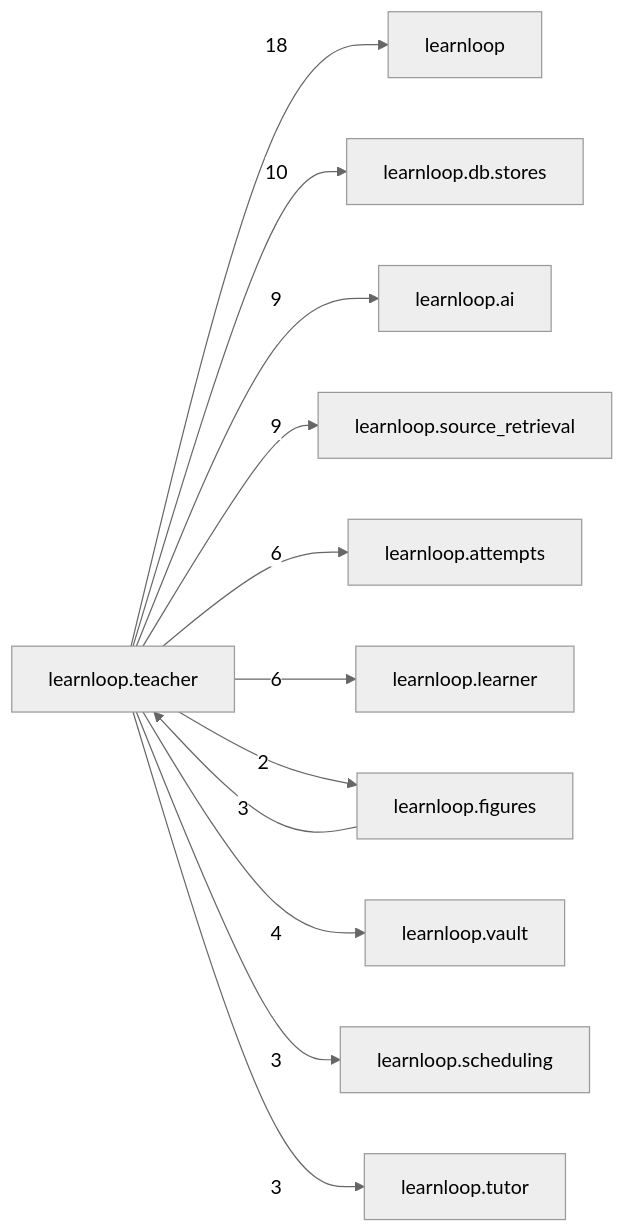
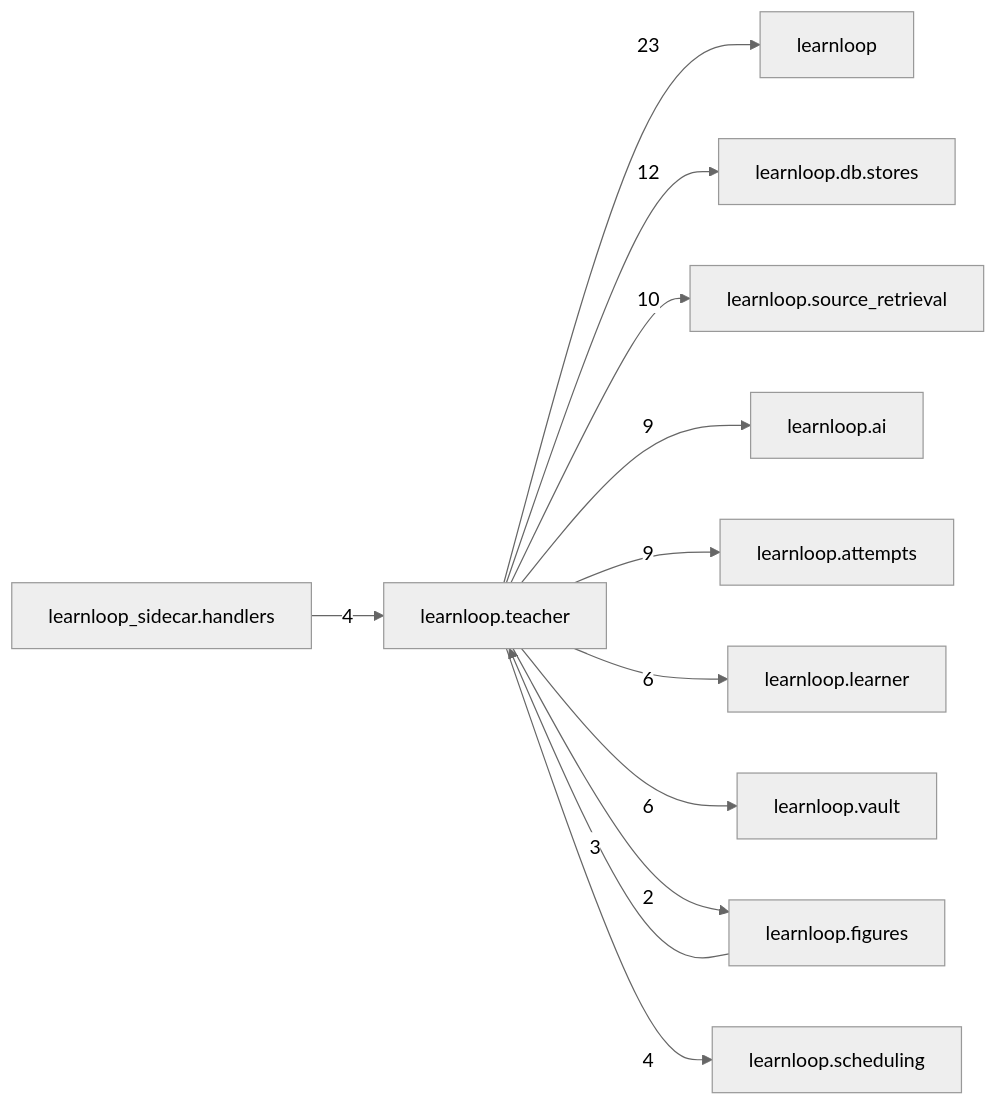
The diagram in docs/learnloop-architecture-vault/Reference/Modules/learnloop/teacher/_package.md (6up-b/learnanything), drawn with Mermaid (neutral theme) before and after one commit. The commit also changed other lines of this file and 535 other files, not shown here.

````diff
--- a/docs/learnloop-architecture-vault/Reference/Modules/learnloop/teacher/_package.md
+++ b/docs/learnloop-architecture-vault/Reference/Modules/learnloop/teacher/_package.md
@@ -108,25 +117,25 @@
 ```mermaid
 flowchart LR
     center["learnloop.teacher"]
     n_learnloop["learnloop"]
     n_learnloop_db_stores["learnloop.db.stores"]
+    n_learnloop_source_retrieval["learnloop.source_retrieval"]
     n_learnloop_ai["learnloop.ai"]
-    n_learnloop_source_retrieval["learnloop.source_retrieval"]
     n_learnloop_attempts["learnloop.attempts"]
     n_learnloop_learner["learnloop.learner"]
+    n_learnloop_vault["learnloop.vault"]
     n_learnloop_figures["learnloop.figures"]
-    n_learnloop_vault["learnloop.vault"]
     n_learnloop_scheduling["learnloop.scheduling"]
-    n_learnloop_tutor["learnloop.tutor"]
-    center -->|18| n_learnloop
-    center -->|10| n_learnloop_db_stores
+    n_learnloop_sidecar_handlers["learnloop_sidecar.handlers"]
+    center -->|23| n_learnloop
+    center -->|12| n_learnloop_db_stores
+    center -->|10| n_learnloop_source_retrieval
     center -->|9| n_learnloop_ai
-    center -->|9| n_learnloop_source_retrieval
-    center -->|6| n_learnloop_attempts
+    center -->|9| n_learnloop_attempts
     center -->|6| n_learnloop_learner
+    center -->|6| n_learnloop_vault
     n_learnloop_figures -->|3| center
     center -->|2| n_learnloop_figures
-    center -->|4| n_learnloop_vault
-    center -->|3| n_learnloop_scheduling
-    center -->|3| n_learnloop_tutor
+    center -->|4| n_learnloop_scheduling
+    n_learnloop_sidecar_handlers -->|4| center
 ```
````
